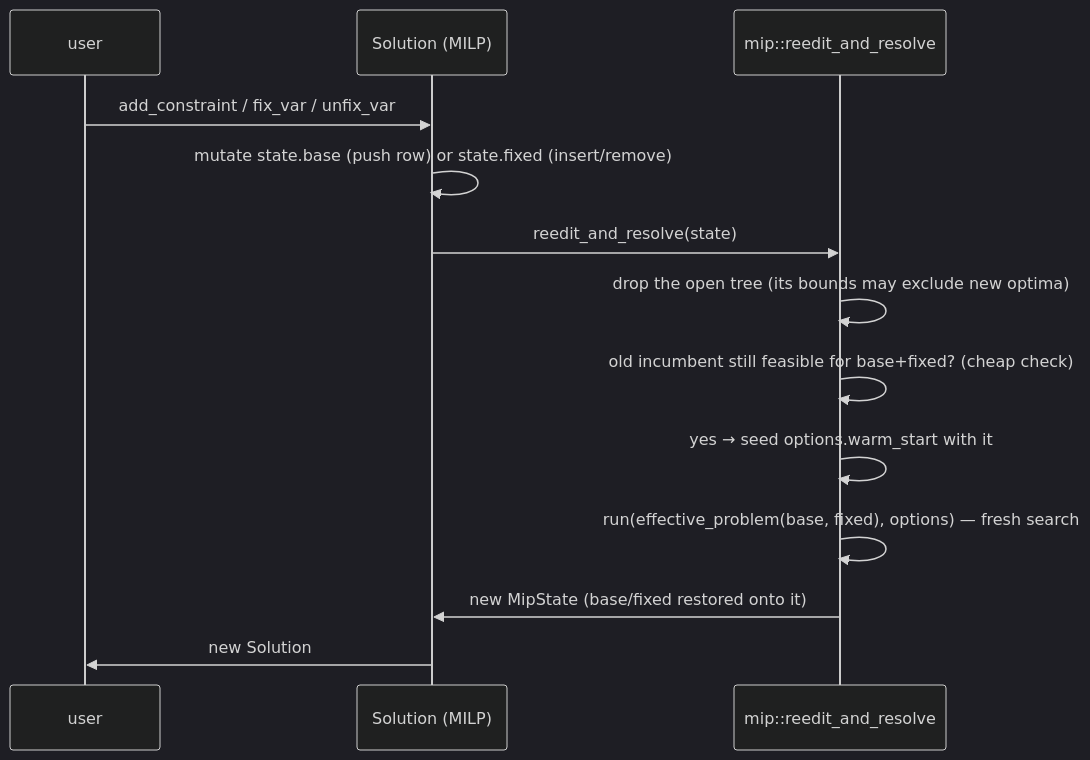
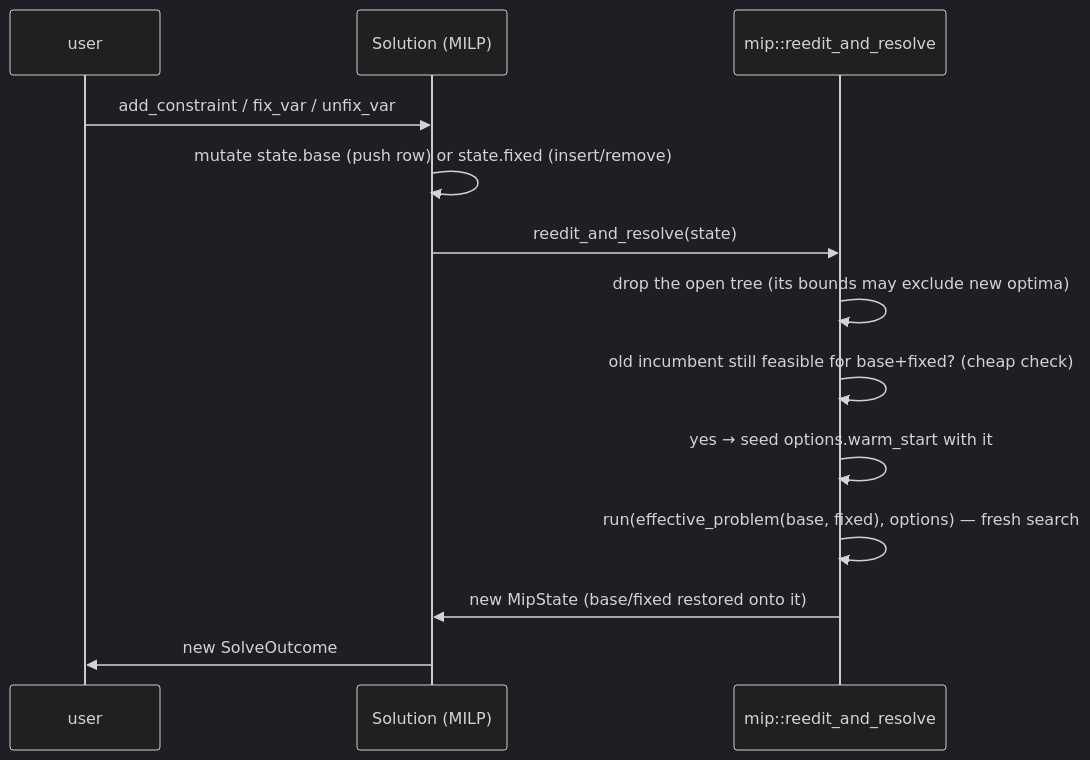
Before and after one commit to Specy/microlp: the third of 3 diagrams in src/ARCHITECTURE.md, drawn with Mermaid (dark theme). The commit also changed other lines of this file and 27 other files, not shown here.

````diff
--- a/src/ARCHITECTURE.md
+++ b/src/ARCHITECTURE.md
@@ -402,15 +403,15 @@
 ```mermaid
 sequenceDiagram
     participant U as user
     participant S as Solution (MILP)
     participant M as mip::reedit_and_resolve
     U->>S: add_constraint / fix_var / unfix_var
     S->>S: mutate state.base (push row) or state.fixed (insert/remove)
     S->>M: reedit_and_resolve(state)
     M->>M: drop the open tree (its bounds may exclude new optima)
     M->>M: old incumbent still feasible for base+fixed? (cheap check)
     M->>M: yes → seed options.warm_start with it
     M->>M: run(effective_problem(base, fixed), options) — fresh search
     M->>S: new MipState (base/fixed restored onto it)
-    S->>U: new Solution
+    S->>U: new SolveOutcome
 ```
````
